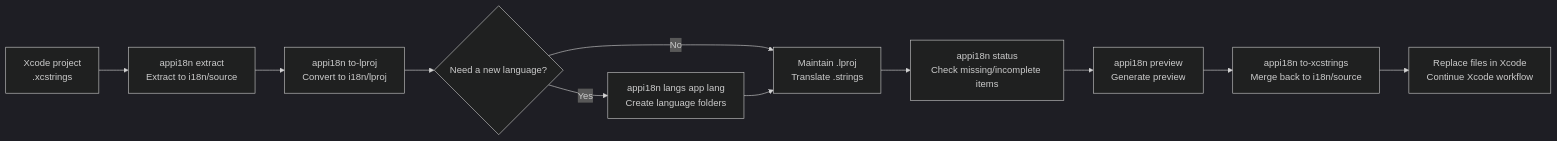
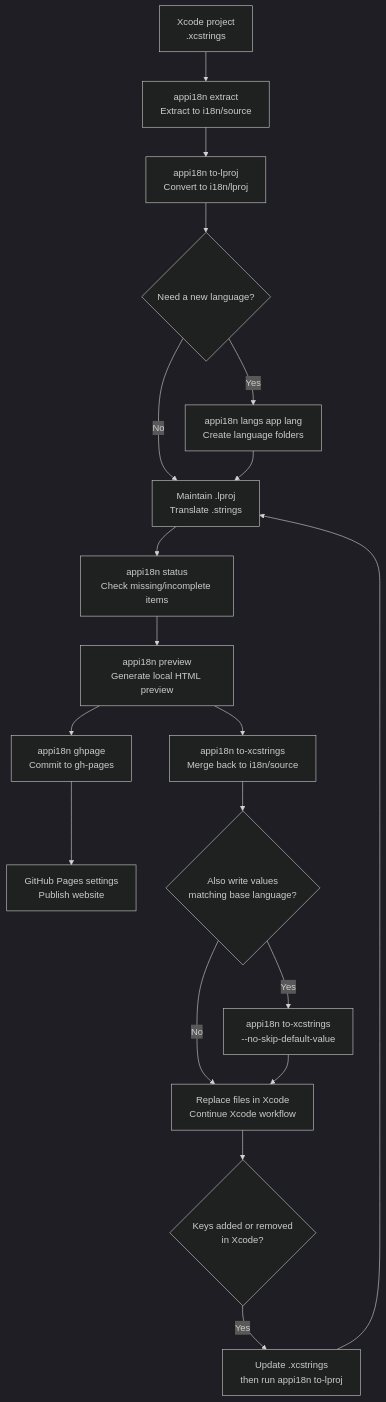
One commit to jaywcjlove/app-i18n changed the diagram in README.md. Above: the diagram before and after it, drawn with Mermaid (dark theme). The commit also changed other lines of this file and 1 other file, not shown here.

````diff
--- a/README.md
+++ b/README.md
@@ -134,13 +140,21 @@
 ```mermaid
-flowchart LR
+flowchart TD
     A["Xcode project<br/>.xcstrings"] --> B["appi18n extract<br/>Extract to i18n/source"]
     B --> C["appi18n to-lproj<br/>Convert to i18n/lproj"]
     C --> D{"Need a new language?"}
     D -- "Yes" --> E["appi18n langs app lang<br/>Create language folders"]
     D -- "No" --> F["Maintain .lproj<br/>Translate .strings"]
     E --> F
     F --> G["appi18n status<br/>Check missing/incomplete items"]
-    G --> H["appi18n preview<br/>Generate preview"]
-    H --> I["appi18n to-xcstrings<br/>Merge back to i18n/source"]
-    I --> J["Replace files in Xcode<br/>Continue Xcode workflow"]
+    G --> H["appi18n preview<br/>Generate local HTML preview"]
+    H --> I["appi18n ghpage<br/>Commit to gh-pages"]
+    I --> J["GitHub Pages settings<br/>Publish website"]
+    H --> K["appi18n to-xcstrings<br/>Merge back to i18n/source"]
+    K --> L{"Also write values<br/>matching base language?"}
+    L -- "Yes" --> M["appi18n to-xcstrings<br/>--no-skip-default-value"]
+    L -- "No" --> N["Replace files in Xcode<br/>Continue Xcode workflow"]
+    M --> N
+    N --> O{"Keys added or removed<br/>in Xcode?"}
+    O -- "Yes" --> P["Update .xcstrings<br/>then run appi18n to-lproj"]
+    P --> F
 ```
````
